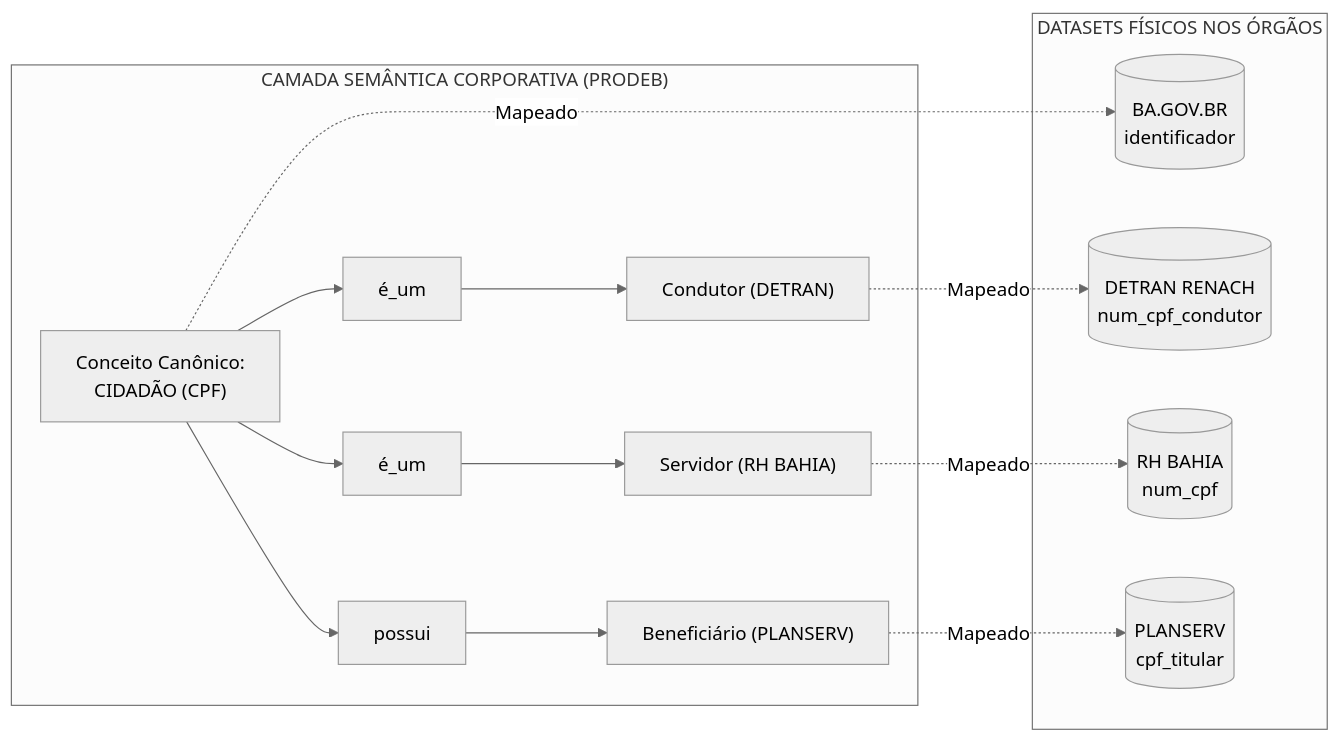
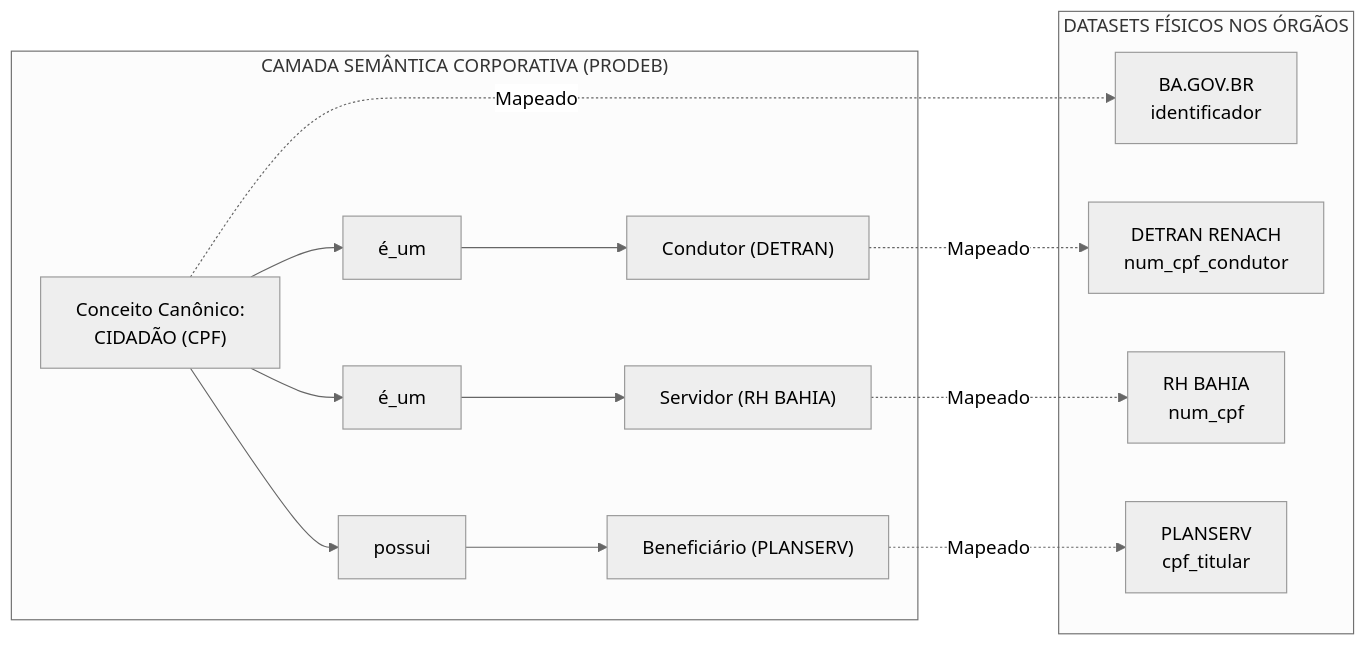
One commit to jef-prodeb01/NINHO.03 changed the diagram in modulos/governanca_dados/CAMADA_SEMANTICA_GOVERNANCA_DADOS_MONGODB.md. Above: the diagram before and after it, drawn with Mermaid (neutral theme). The commit also changed 11 other files, not shown here.

Commit message:
fix(docs): converte diagramas Mermaid flowchart para graph compativel com GitLab

````diff
--- a/modulos/governanca_dados/CAMADA_SEMANTICA_GOVERNANCA_DADOS_MONGODB.md
+++ b/modulos/governanca_dados/CAMADA_SEMANTICA_GOVERNANCA_DADOS_MONGODB.md
@@ -417,25 +417,31 @@
 ```mermaid
-flowchart LR
-    subgraph Negocio ["CAMADA SEMÂNTICA CORPORATIVA (PRODEB)"]
-        CNC["Conceito Canônico:\nCIDADÃO (CPF)"]
+graph LR
+    subgraph "CAMADA SEMÂNTICA CORPORATIVA (PRODEB)"
+        CNC["Conceito Canônico:<br/>CIDADÃO (CPF)"]
         REL1["é_um"]
         REL2["é_um"]
         REL3["possui"]
+        CND["Condutor (DETRAN)"]
+        SRV["Servidor (RH BAHIA)"]
+        BNF["Beneficiário (PLANSERV)"]
         
-        CNC --> REL1 --> CND["Condutor (DETRAN)"]
-        CNC --> REL2 --> SRV["Servidor (RH BAHIA)"]
-        CNC --> REL3 --> BNF["Beneficiário (PLANSERV)"]
+        CNC --> REL1
+        REL1 --> CND
+        CNC --> REL2
+        REL2 --> SRV
+        CNC --> REL3
+        REL3 --> BNF
     end
     
-    subgraph Fisico ["DATASETS FÍSICOS NOS ÓRGÃOS"]
-        DS1[("BA.GOV.BR\nidentificador")]
-        DS2[("DETRAN RENACH\nnum_cpf_condutor")]
-        DS3[("RH BAHIA\nnum_cpf")]
-        DS4[("PLANSERV\ncpf_titular")]
+    subgraph "DATASETS FÍSICOS NOS ÓRGÃOS"
+        DS1["BA.GOV.BR<br/>identificador"]
+        DS2["DETRAN RENACH<br/>num_cpf_condutor"]
+        DS3["RH BAHIA<br/>num_cpf"]
+        DS4["PLANSERV<br/>cpf_titular"]
     end
     
     CNC -.->|Mapeado| DS1
     CND -.->|Mapeado| DS2
     SRV -.->|Mapeado| DS3
     BNF -.->|Mapeado| DS4
 ```
````
